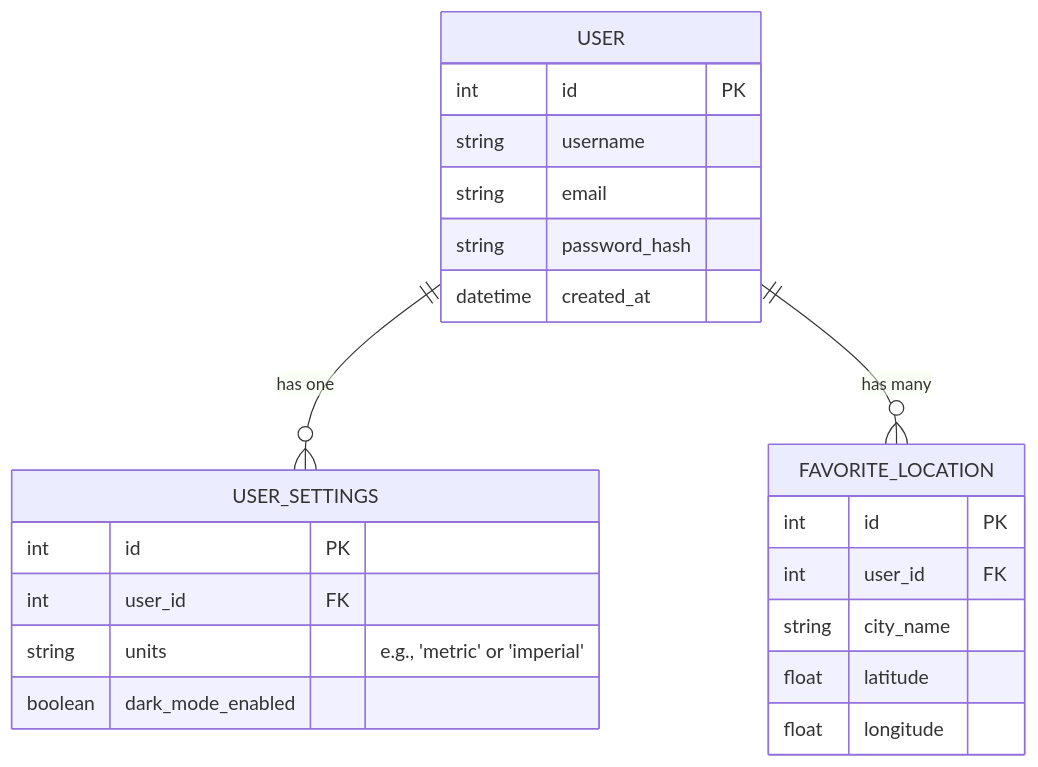
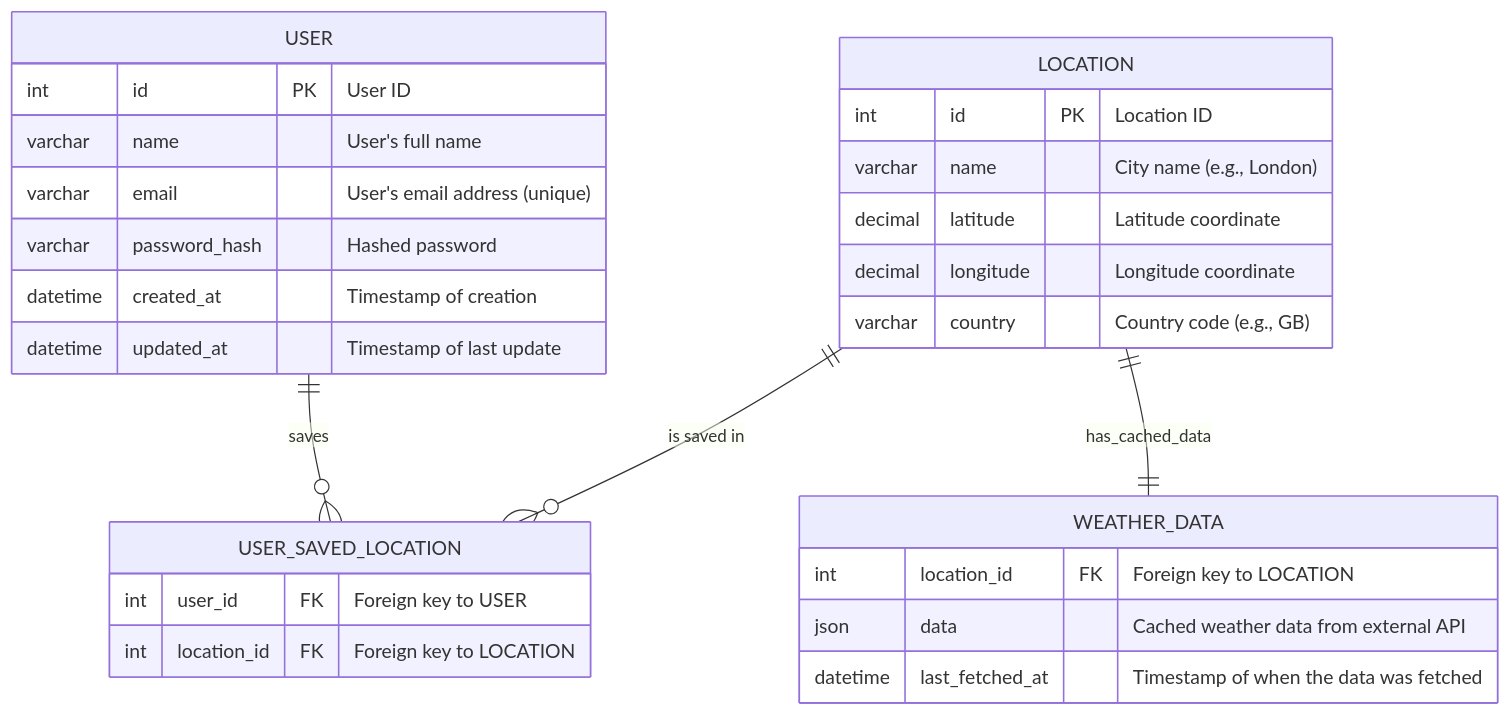
Before and after one commit to soujoaomoraes/weather-dashboard: the diagram in docs/architecture/ER.mermaid, drawn with Mermaid. The commit also changed 42 other files, not shown here.

First line of the commit message:
feat(architecture): define initial project architecture and docs

```diff
--- a/docs/architecture/ER.mermaid
+++ b/docs/architecture/ER.mermaid
@@ -1,26 +1,33 @@
 erDiagram
     USER {
-        int id PK
-        string username
-        string email
-        string password_hash
-        datetime created_at
+        int id PK "User ID"
+        varchar name "User's full name"
+        varchar email "User's email address (unique)"
+        varchar password_hash "Hashed password"
+        datetime created_at "Timestamp of creation"
+        datetime updated_at "Timestamp of last update"
     }
 
-    USER_SETTINGS {
-        int id PK
-        int user_id FK
-        string units "e.g., 'metric' or 'imperial'"
-        boolean dark_mode_enabled
+    LOCATION {
+        int id PK "Location ID"
+        varchar name "City name (e.g., London)"
+        decimal latitude "Latitude coordinate"
+        decimal longitude "Longitude coordinate"
+        varchar country "Country code (e.g., GB)"
     }
 
-    FAVORITE_LOCATION {
-        int id PK
-        int user_id FK
-        string city_name
-        float latitude
-        float longitude
+    USER_SAVED_LOCATION {
+        int user_id FK "Foreign key to USER"
+        int location_id FK "Foreign key to LOCATION"
     }
 
-    USER ||--o{ USER_SETTINGS : "has one"
-    USER ||--o{ FAVORITE_LOCATION : "has many"
+    WEATHER_DATA {
+        int location_id FK "Foreign key to LOCATION"
+        json data "Cached weather data from external API"
+        datetime last_fetched_at "Timestamp of when the data was fetched"
+    }
+
+    USER ||--o{ USER_SAVED_LOCATION : "saves"
+    LOCATION ||--o{ USER_SAVED_LOCATION : "is saved in"
+
+    LOCATION ||--|| WEATHER_DATA : "has_cached_data"
```
